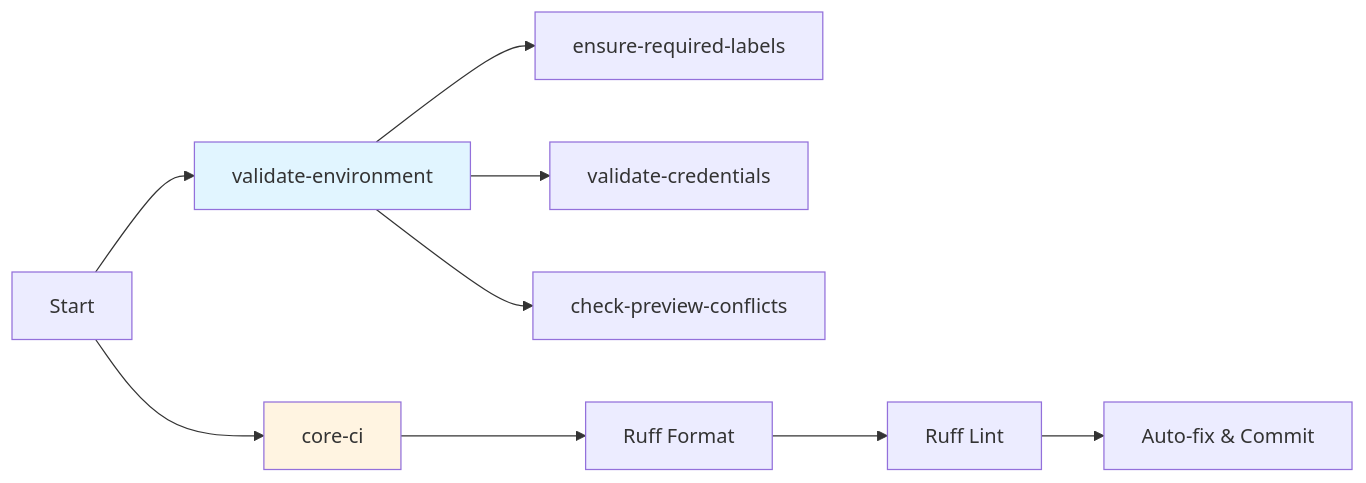
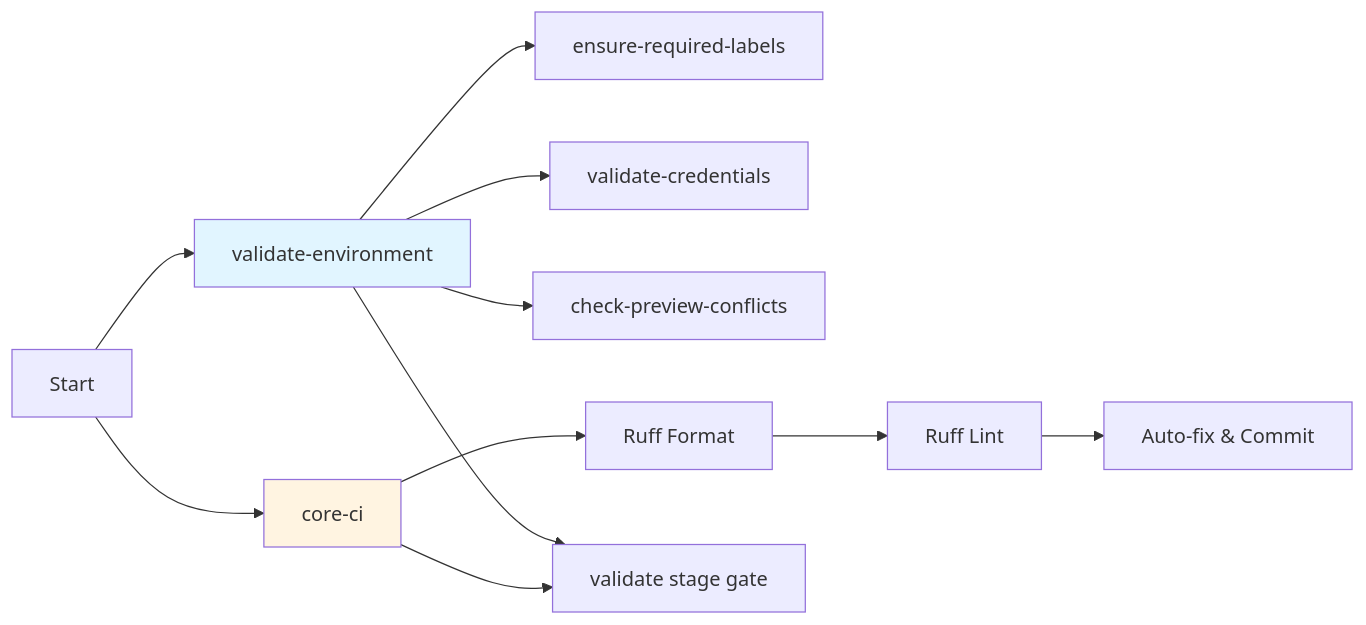
Before and after one commit to blazintrailssarah/agent-project: the second of 12 diagrams in .github/workflows/README.md, drawn with Mermaid. The commit also changed other lines of this file and 65 other files, not shown here.

````diff
--- a/.github/workflows/README.md
+++ b/.github/workflows/README.md
@@ -48,16 +57,18 @@
 ```mermaid
 graph LR
     A[Start] --> B[validate-environment]
     A --> C[core-ci]
 
     B --> B1[ensure-required-labels]
     B --> B2[validate-credentials]
     B --> B3[check-preview-conflicts]
 
     C --> C1[Ruff Format]
     C1 --> C2[Ruff Lint]
     C2 --> C3[Auto-fix & Commit]
+    B --> D[validate stage gate]
+    C --> D
 
     style B fill:#e1f5ff
     style C fill:#fff4e1
 ```
````
